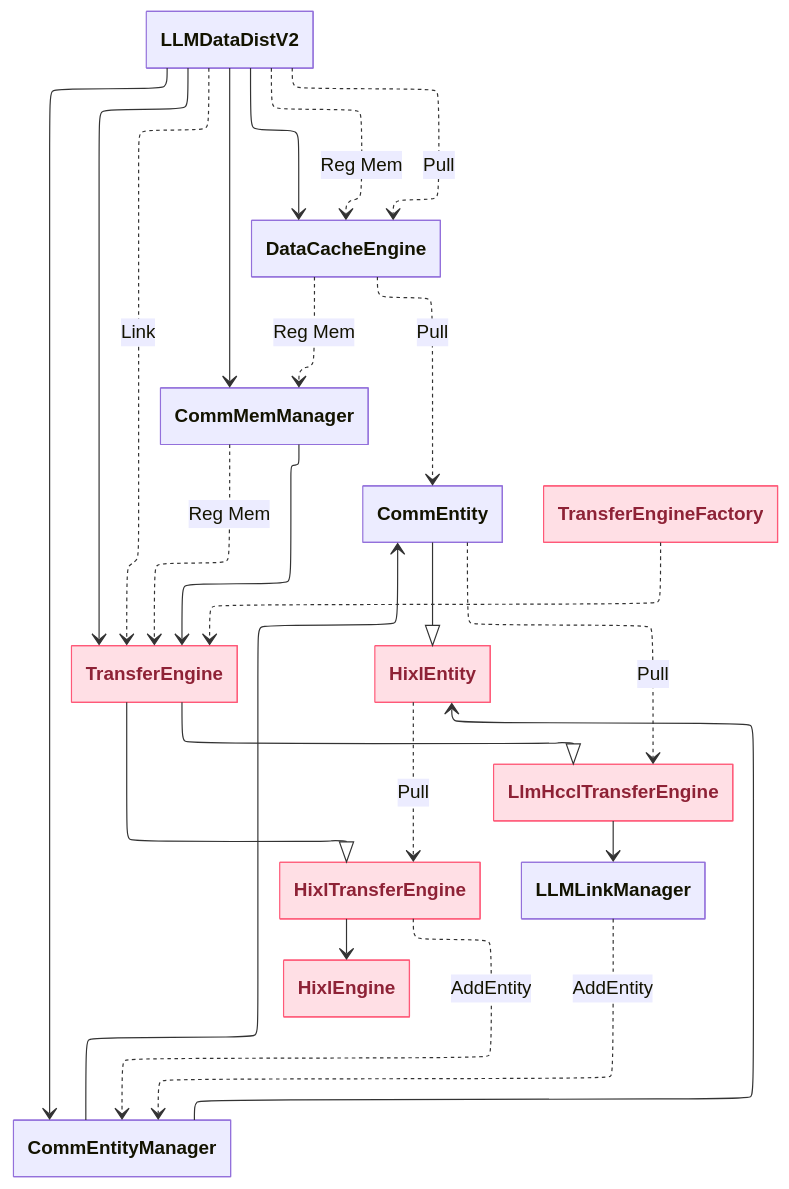
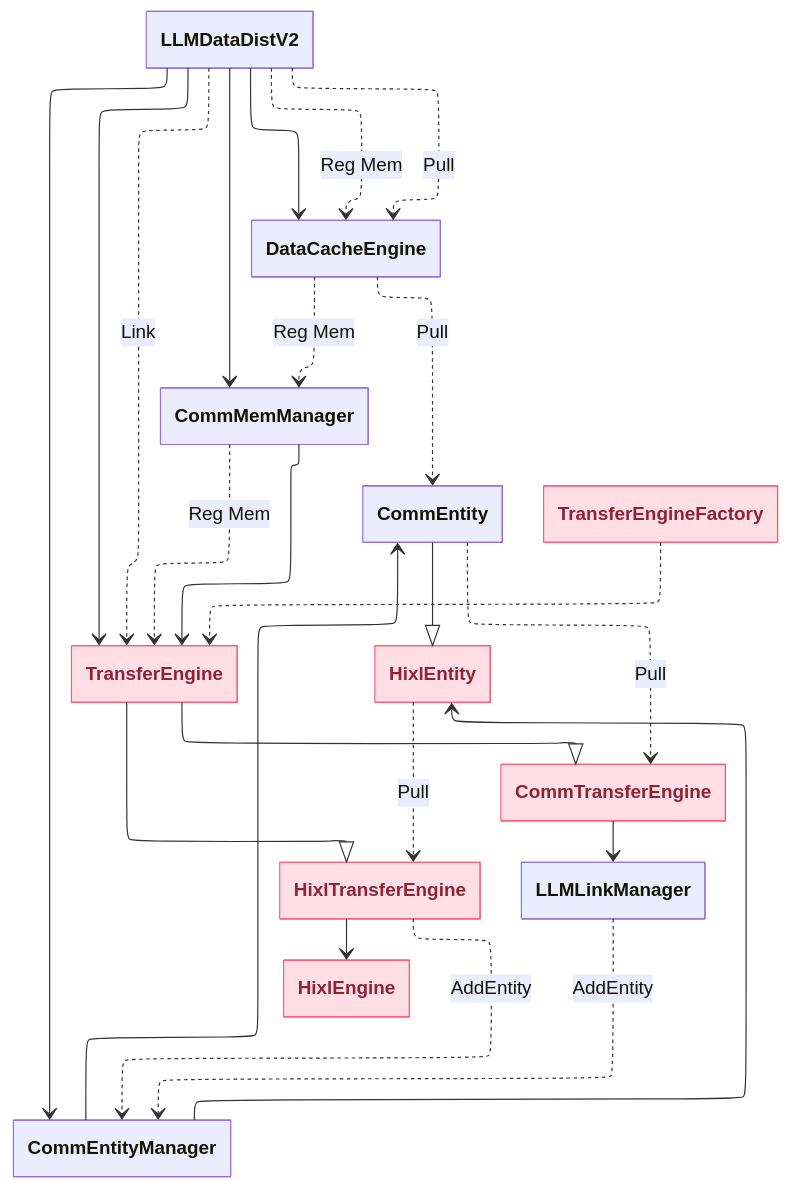
One commit to hicann/hixl changed the second of 6 diagrams in docs/en/design/llm-datadist_supporting_the_hixl_transfer_backend.md. Above: the diagram before and after it, drawn with Mermaid. The commit also changed other lines of this file and 51 other files, not shown here.

First paragraph of the commit message:
[refactor]: rename llm_datadist LlmHccl/adapter_hccl to Comm/comm_adapter

````diff
--- a/docs/en/design/llm-datadist_supporting_the_hixl_transfer_backend.md
+++ b/docs/en/design/llm-datadist_supporting_the_hixl_transfer_backend.md
@@ -170,45 +170,45 @@
 ```mermaid
 ---
 config:
   class:
     hideEmptyMembersBox: true
   theme: default
   layout: elk
 ---
 classDiagram
 direction TB
     LLMDataDistV2 --> TransferEngine
     LLMDataDistV2 --> DataCacheEngine
     LLMDataDistV2 --> CommEntityManager
     CommEntityManager --> CommEntity
     CommEntityManager --> HixlEntity
     LLMDataDistV2 --> CommMemManager
     CommMemManager --> TransferEngine
     TransferEngineFactory ..> TransferEngine
-    TransferEngine --|> LlmHcclTransferEngine
+    TransferEngine --|> CommTransferEngine
     TransferEngine --|> HixlTransferEngine
-    LlmHcclTransferEngine --> LLMLinkManager
+    CommTransferEngine --> LLMLinkManager
     HixlTransferEngine --> HixlEngine
     CommEntity --|> HixlEntity
     LLMDataDistV2 ..> DataCacheEngine : Reg Mem
     DataCacheEngine ..> CommMemManager : Reg Mem
     CommMemManager ..> TransferEngine : Reg Mem
     LLMDataDistV2 ..> TransferEngine : Link
     HixlTransferEngine ..> CommEntityManager : AddEntity
     LLMLinkManager ..> CommEntityManager : AddEntity
     LLMDataDistV2 ..> DataCacheEngine : Pull
     DataCacheEngine ..> CommEntity : Pull
-    CommEntity ..> LlmHcclTransferEngine : Pull
+    CommEntity ..> CommTransferEngine : Pull
     HixlEntity ..> HixlTransferEngine : Pull
 
 	class HixlEntity:::Rose
 	class TransferEngine:::Rose
-	class LlmHcclTransferEngine:::Rose
+	class CommTransferEngine:::Rose
 	class TransferEngineFactory:::Rose
 	class HixlTransferEngine:::Rose
 	class HixlEngine:::Rose
 
 
 	classDef Rose :,stroke-width:1px,stroke-dasharray:none,stroke:#FF5978,fill:#FFDFE5,color:#8E2236,stroke-width:1px,stroke-dasharray:none,stroke:#FF5978,fill:#FFDFE5,color:#8E2236,stroke-width:1px,stroke-dasharray:none,stroke:#FF5978,fill:#FFDFE5,color:#8E2236,stroke-width:1px,stroke-dasharray:none,stroke:#FF5978,fill:#FFDFE5,color:#8E2236,stroke-width:1px,stroke-dasharray:none,stroke:#FF5978,fill:#FFDFE5,color:#8E2236,stroke-width:1px,stroke-dasharray:none,stroke:#FF5978,fill:#FFDFE5,color:#8E2236,stroke-width:1px,stroke-dasharray:none,stroke:#FF5978,fill:#FFDFE5,color:#8E2236,stroke-width:1px,stroke-dasharray:none,stroke:#FF5978,fill:#FFDFE5,color:#8E2236
 	classDef Aqua :,stroke-width:1px,stroke-dasharray:none,stroke:#46EDC8,fill:#DEFFF8,color:#378E7A
 ```
````
